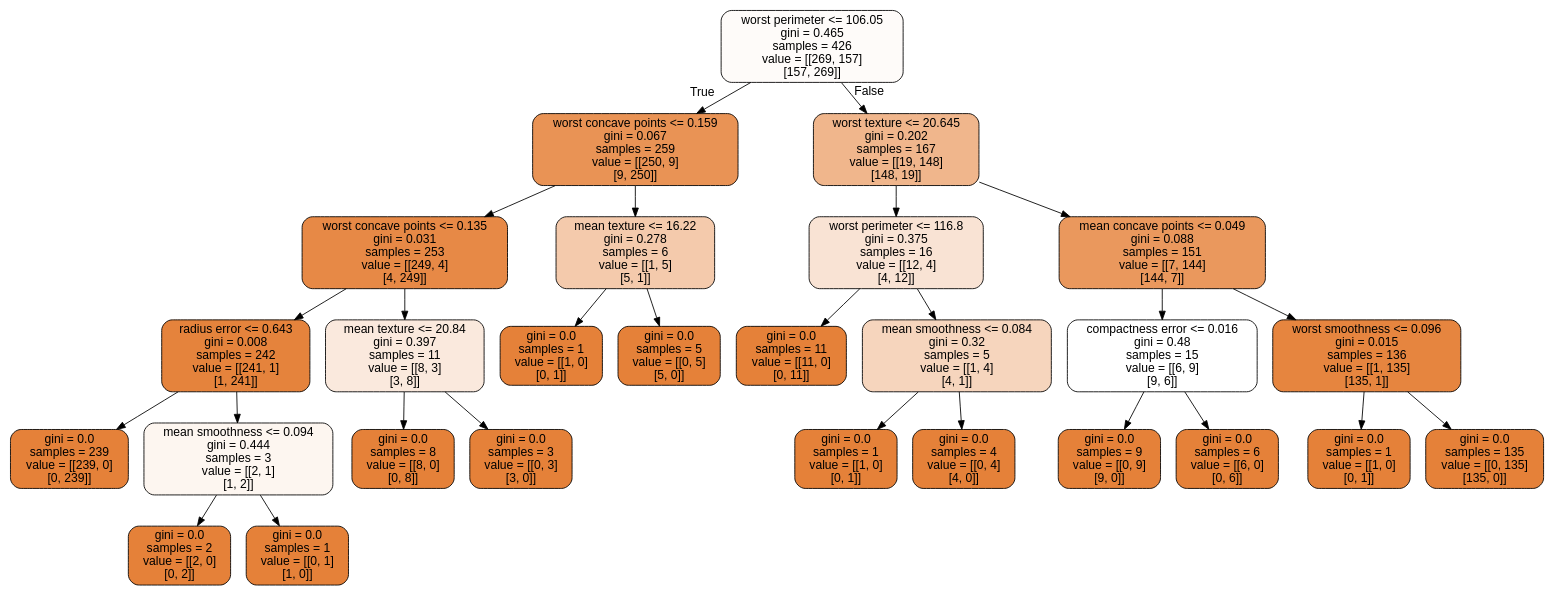
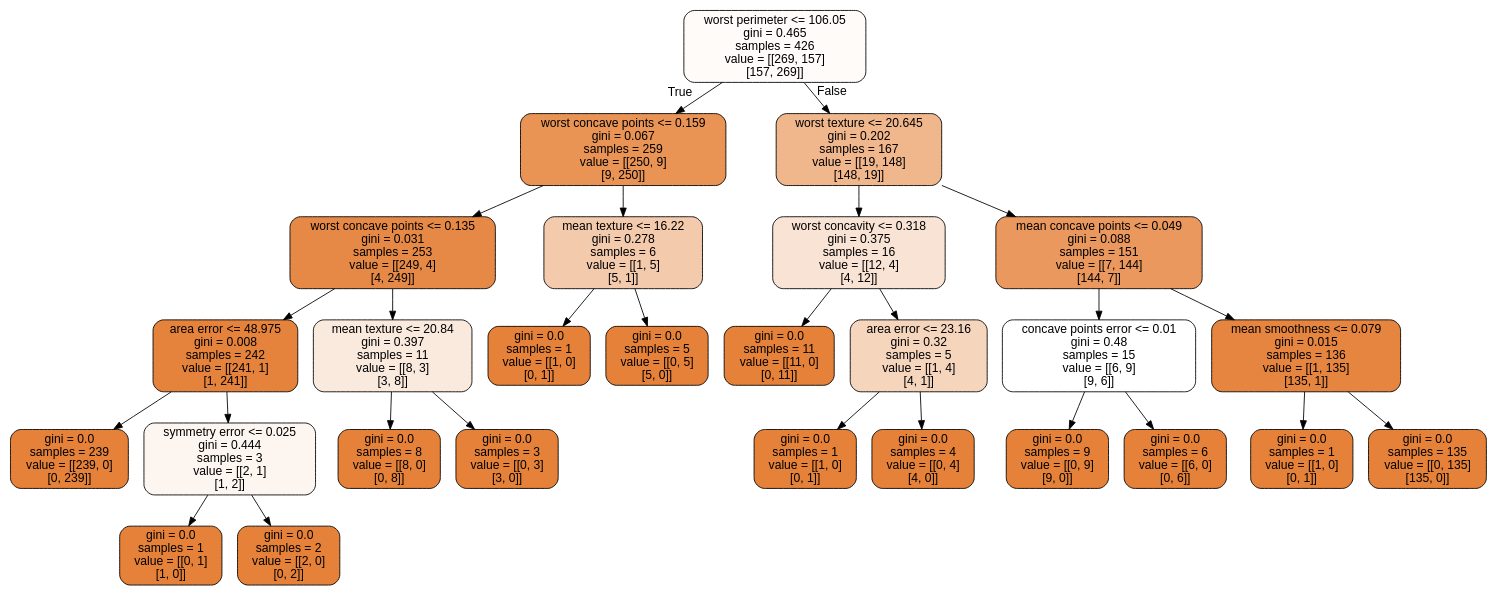
Before and after one commit to CompPhysics/MachineLearning: the diagram in doc/LectureNotes/DataFiles/cancer.dot, drawn with Graphviz. The commit also changed 143 other files, not shown here.

```diff
--- a/doc/LectureNotes/DataFiles/cancer.dot
+++ b/doc/LectureNotes/DataFiles/cancer.dot
@@ -1,57 +1,57 @@
 digraph Tree {
 node [shape=box, style="filled, rounded", color="black", fontname="helvetica"] ;
 edge [fontname="helvetica"] ;
 0 [label="worst perimeter <= 106.05\ngini = 0.465\nsamples = 426\nvalue = [[269, 157]\n[157, 269]]", fillcolor="#fefbf9"] ;
 1 [label="worst concave points <= 0.159\ngini = 0.067\nsamples = 259\nvalue = [[250, 9]\n[9, 250]]", fillcolor="#e99355"] ;
 0 -> 1 [labeldistance=2.5, labelangle=45, headlabel="True"] ;
 2 [label="worst concave points <= 0.135\ngini = 0.031\nsamples = 253\nvalue = [[249, 4]\n[4, 249]]", fillcolor="#e78946"] ;
 1 -> 2 ;
-3 [label="radius error <= 0.643\ngini = 0.008\nsamples = 242\nvalue = [[241, 1]\n[1, 241]]", fillcolor="#e5833c"] ;
+3 [label="area error <= 48.975\ngini = 0.008\nsamples = 242\nvalue = [[241, 1]\n[1, 241]]", fillcolor="#e5833c"] ;
 2 -> 3 ;
 4 [label="gini = 0.0\nsamples = 239\nvalue = [[239, 0]\n[0, 239]]", fillcolor="#e58139"] ;
 3 -> 4 ;
-5 [label="mean smoothness <= 0.094\ngini = 0.444\nsamples = 3\nvalue = [[2, 1]\n[1, 2]]", fillcolor="#fdf6f0"] ;
+5 [label="symmetry error <= 0.025\ngini = 0.444\nsamples = 3\nvalue = [[2, 1]\n[1, 2]]", fillcolor="#fdf6f0"] ;
 3 -> 5 ;
-6 [label="gini = 0.0\nsamples = 2\nvalue = [[2, 0]\n[0, 2]]", fillcolor="#e58139"] ;
+6 [label="gini = 0.0\nsamples = 1\nvalue = [[0, 1]\n[1, 0]]", fillcolor="#e58139"] ;
 5 -> 6 ;
-7 [label="gini = 0.0\nsamples = 1\nvalue = [[0, 1]\n[1, 0]]", fillcolor="#e58139"] ;
+7 [label="gini = 0.0\nsamples = 2\nvalue = [[2, 0]\n[0, 2]]", fillcolor="#e58139"] ;
 5 -> 7 ;
 8 [label="mean texture <= 20.84\ngini = 0.397\nsamples = 11\nvalue = [[8, 3]\n[3, 8]]", fillcolor="#fae9dd"] ;
 2 -> 8 ;
 9 [label="gini = 0.0\nsamples = 8\nvalue = [[8, 0]\n[0, 8]]", fillcolor="#e58139"] ;
 8 -> 9 ;
 10 [label="gini = 0.0\nsamples = 3\nvalue = [[0, 3]\n[3, 0]]", fillcolor="#e58139"] ;
 8 -> 10 ;
 11 [label="mean texture <= 16.22\ngini = 0.278\nsamples = 6\nvalue = [[1, 5]\n[5, 1]]", fillcolor="#f4caac"] ;
 1 -> 11 ;
 12 [label="gini = 0.0\nsamples = 1\nvalue = [[1, 0]\n[0, 1]]", fillcolor="#e58139"] ;
 11 -> 12 ;
 13 [label="gini = 0.0\nsamples = 5\nvalue = [[0, 5]\n[5, 0]]", fillcolor="#e58139"] ;
 11 -> 13 ;
 14 [label="worst texture <= 20.645\ngini = 0.202\nsamples = 167\nvalue = [[19, 148]\n[148, 19]]", fillcolor="#f0b68c"] ;
 0 -> 14 [labeldistance=2.5, labelangle=-45, headlabel="False"] ;
-15 [label="worst perimeter <= 116.8\ngini = 0.375\nsamples = 16\nvalue = [[12, 4]\n[4, 12]]", fillcolor="#f9e3d4"] ;
+15 [label="worst concavity <= 0.318\ngini = 0.375\nsamples = 16\nvalue = [[12, 4]\n[4, 12]]", fillcolor="#f9e3d4"] ;
 14 -> 15 ;
 16 [label="gini = 0.0\nsamples = 11\nvalue = [[11, 0]\n[0, 11]]", fillcolor="#e58139"] ;
 15 -> 16 ;
-17 [label="mean smoothness <= 0.084\ngini = 0.32\nsamples = 5\nvalue = [[1, 4]\n[4, 1]]", fillcolor="#f6d5bd"] ;
+17 [label="area error <= 23.16\ngini = 0.32\nsamples = 5\nvalue = [[1, 4]\n[4, 1]]", fillcolor="#f6d5bd"] ;
 15 -> 17 ;
 18 [label="gini = 0.0\nsamples = 1\nvalue = [[1, 0]\n[0, 1]]", fillcolor="#e58139"] ;
 17 -> 18 ;
 19 [label="gini = 0.0\nsamples = 4\nvalue = [[0, 4]\n[4, 0]]", fillcolor="#e58139"] ;
 17 -> 19 ;
 20 [label="mean concave points <= 0.049\ngini = 0.088\nsamples = 151\nvalue = [[7, 144]\n[144, 7]]", fillcolor="#ea985d"] ;
 14 -> 20 ;
-21 [label="compactness error <= 0.016\ngini = 0.48\nsamples = 15\nvalue = [[6, 9]\n[9, 6]]", fillcolor="#ffffff"] ;
+21 [label="concave points error <= 0.01\ngini = 0.48\nsamples = 15\nvalue = [[6, 9]\n[9, 6]]", fillcolor="#ffffff"] ;
 20 -> 21 ;
 22 [label="gini = 0.0\nsamples = 9\nvalue = [[0, 9]\n[9, 0]]", fillcolor="#e58139"] ;
 21 -> 22 ;
 23 [label="gini = 0.0\nsamples = 6\nvalue = [[6, 0]\n[0, 6]]", fillcolor="#e58139"] ;
 21 -> 23 ;
-24 [label="worst smoothness <= 0.096\ngini = 0.015\nsamples = 136\nvalue = [[1, 135]\n[135, 1]]", fillcolor="#e6853f"] ;
+24 [label="mean smoothness <= 0.079\ngini = 0.015\nsamples = 136\nvalue = [[1, 135]\n[135, 1]]", fillcolor="#e6853f"] ;
 20 -> 24 ;
 25 [label="gini = 0.0\nsamples = 1\nvalue = [[1, 0]\n[0, 1]]", fillcolor="#e58139"] ;
 24 -> 25 ;
 26 [label="gini = 0.0\nsamples = 135\nvalue = [[0, 135]\n[135, 0]]", fillcolor="#e58139"] ;
 24 -> 26 ;
 }
```
